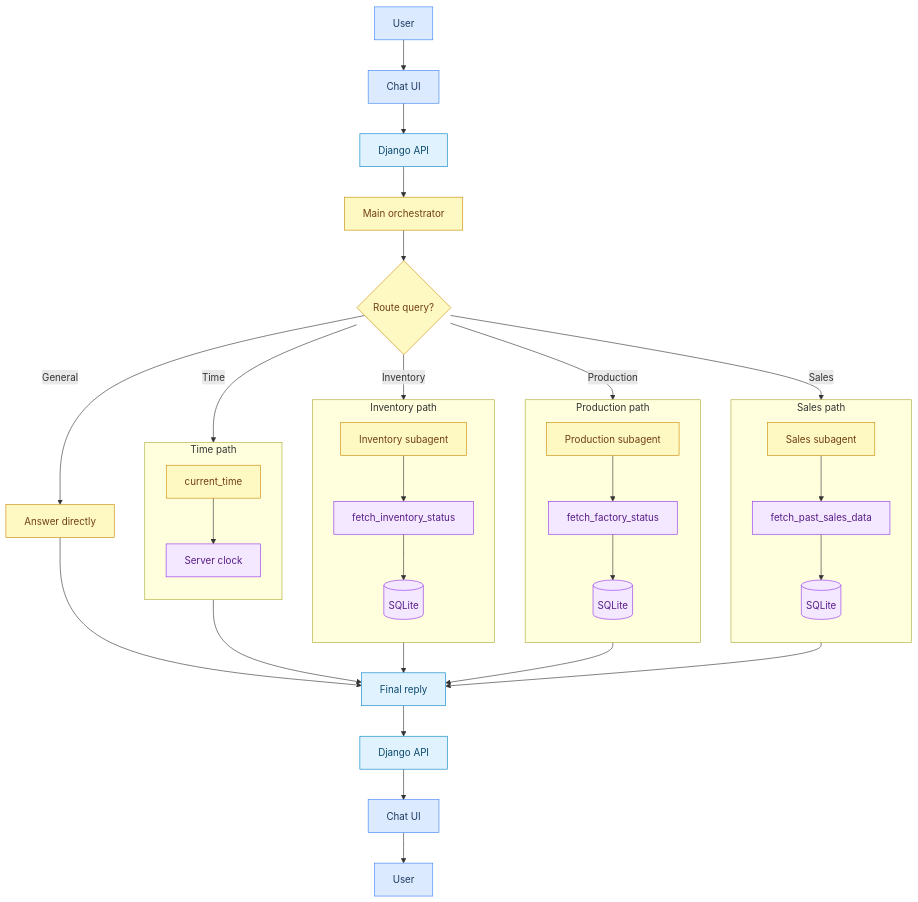
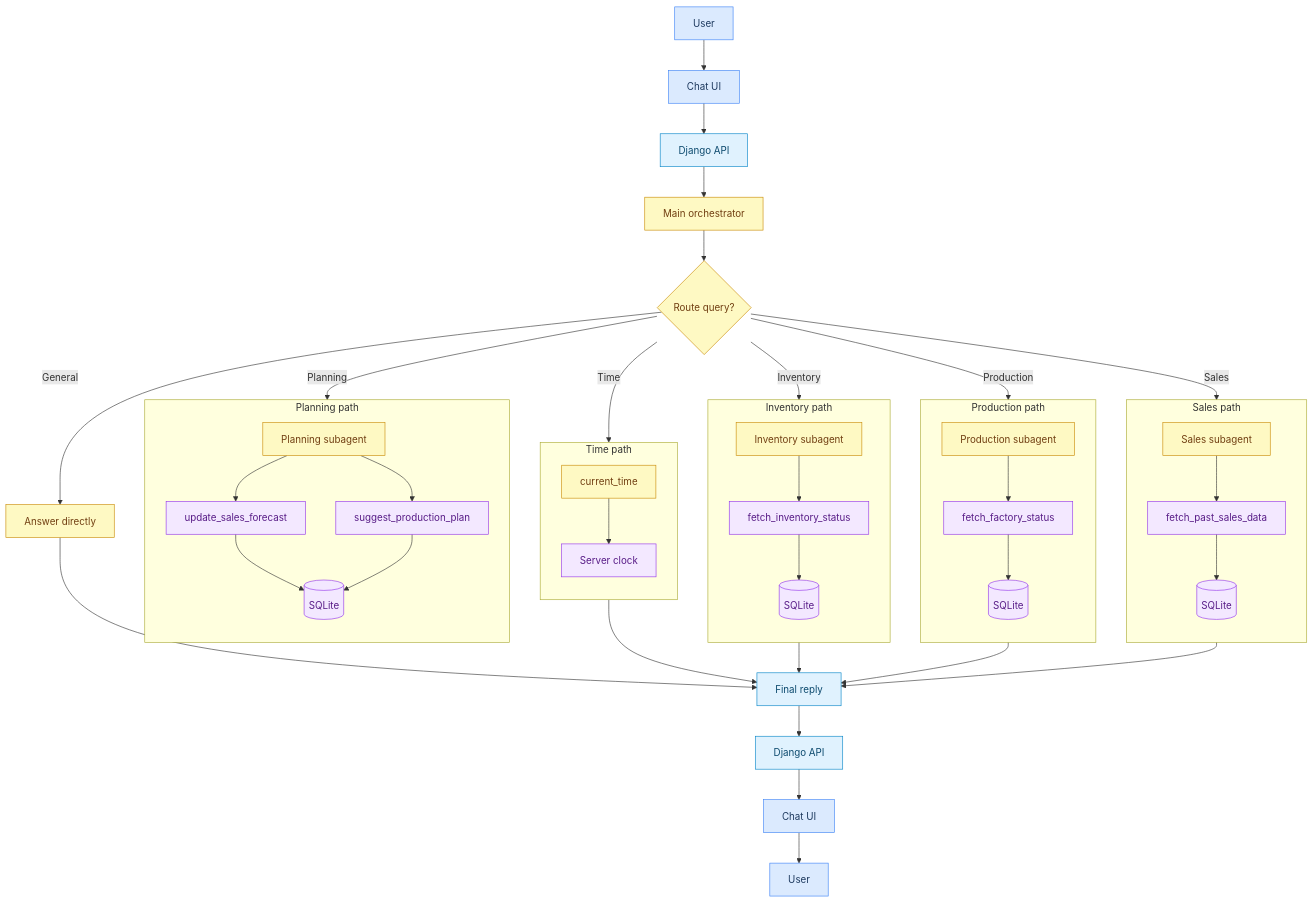
The diagram in README.md (kskdmn/strands-test), drawn with Mermaid before and after one commit. The commit also changed other lines of this file and 12 other files, not shown here.

Commit message:
Add a planning agent

````diff
--- a/README.md
+++ b/README.md
@@ -16,54 +17,61 @@
 ```mermaid
 flowchart TB
     User[User] --> UI[Chat UI]
     UI --> API[Django API]
     API --> Orch[Main orchestrator]
     Orch --> Route{Route query?}
 
     Route -->|General| Direct[Answer directly]
 
     subgraph SalesPath["Sales path"]
         direction TB
         SA[Sales subagent] --> ST[fetch_past_sales_data] --> SDB[(SQLite)]
     end
 
     subgraph ProdPath["Production path"]
         direction TB
         PA[Production subagent] --> PT[fetch_factory_status] --> PDB[(SQLite)]
     end
 
     subgraph InvPath["Inventory path"]
         direction TB
         IA[Inventory subagent] --> IT[fetch_inventory_status] --> IDB[(SQLite)]
     end
 
+    subgraph PlanPath["Planning path"]
+        direction TB
+        PLA[Planning subagent] --> UF[update_sales_forecast] --> FDB[(SQLite)]
+        PLA --> SP[suggest_production_plan] --> FDB
+    end
+
     subgraph TimePath["Time path"]
         direction TB
         CT[current_time] --> Clock[Server clock]
     end
 
     Route -->|Sales| SA
     Route -->|Production| PA
     Route -->|Inventory| IA
+    Route -->|Planning| PLA
     Route -->|Time| CT
 
     Direct --> Reply[Final reply]
     SA --> Reply
     PA --> Reply
     IA --> Reply
     CT --> Reply
 
     Reply --> RespAPI[Django API]
     RespAPI --> RespUI[Chat UI]
     RespUI --> UserOut[User]
 
     classDef client fill:#dbeafe,stroke:#3b82f6,color:#1e3a5f
     classDef server fill:#e0f2fe,stroke:#0284c7,color:#0c4a6e
     classDef agent fill:#fef9c3,stroke:#ca8a04,color:#713f12
     classDef data fill:#f3e8ff,stroke:#9333ea,color:#581c87
 
     class User,UI,RespUI,UserOut client
     class API,RespAPI,Reply server
-    class Orch,Route,Direct,SA,PA,IA,CT agent
-    class ST,PT,IT,SDB,PDB,IDB,Clock data
+    class Orch,Route,Direct,SA,PA,IA,PLA,CT agent
+    class ST,PT,IT,UF,SP,SDB,PDB,IDB,FDB,Clock data
 ```
````
